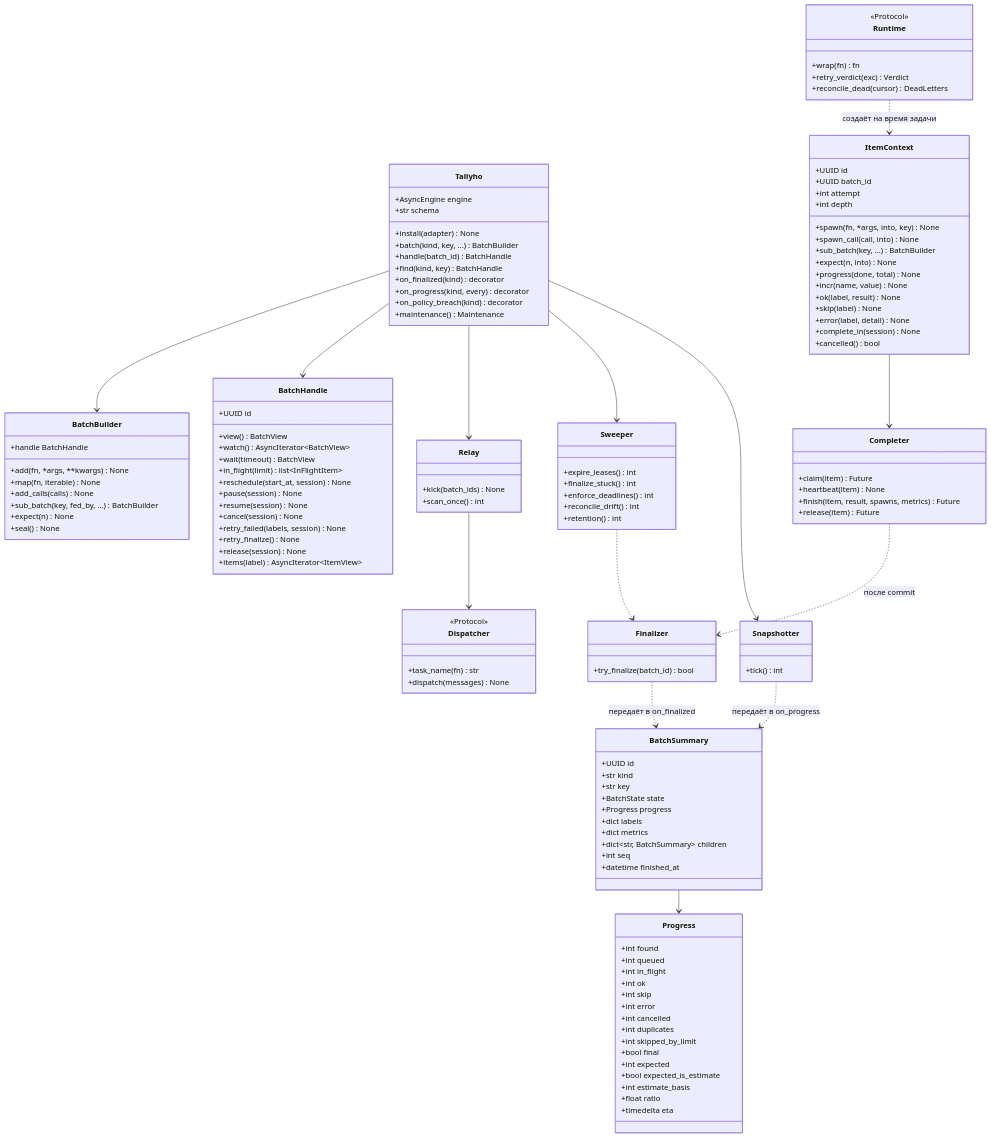
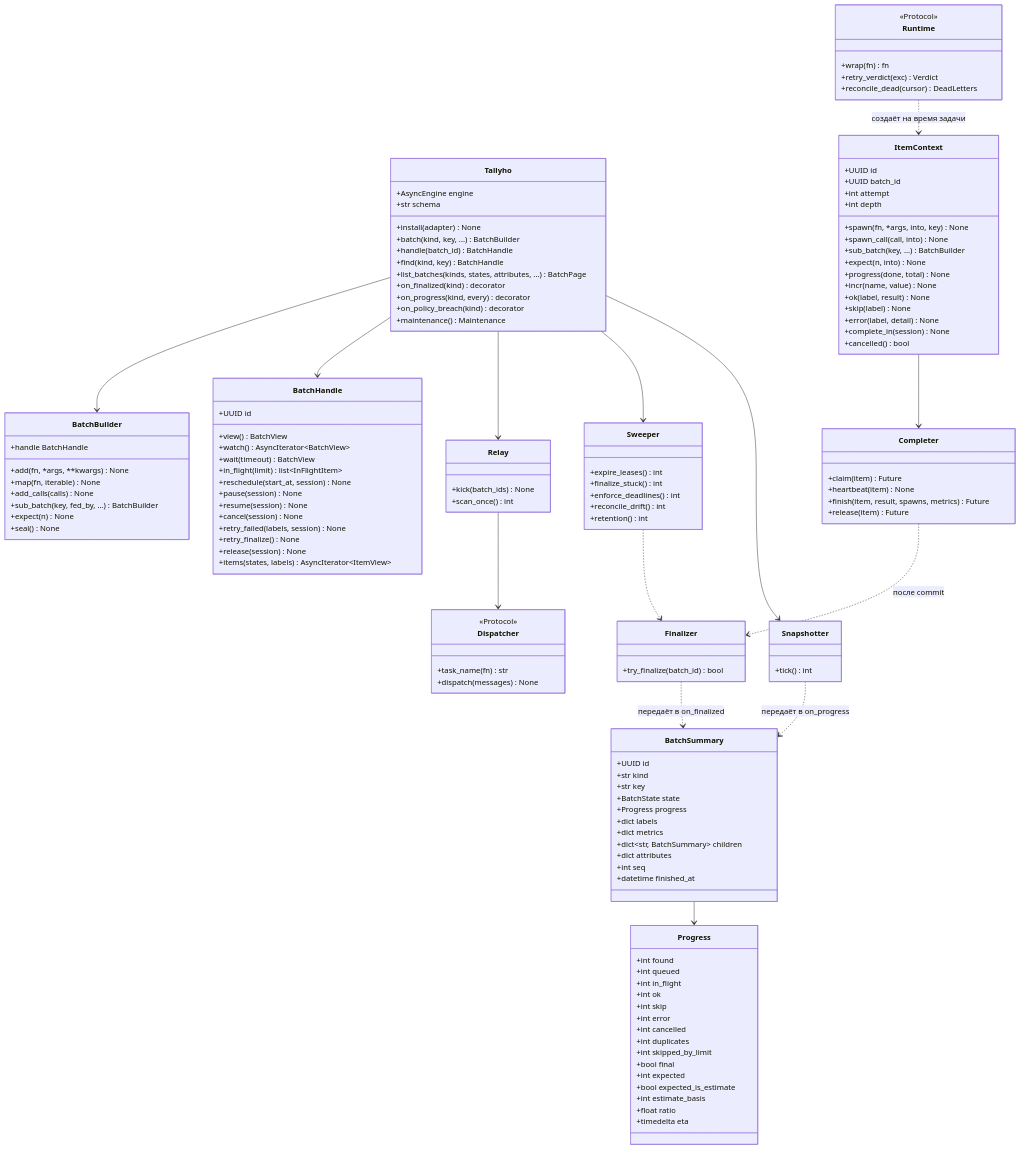
One commit to 0cherednoq/Tallyho changed the fourth of 39 diagrams in docs/ARCHITECTURE.md. Above: the diagram before and after it, drawn with Mermaid. The commit also changed other lines of this file, not shown here.

First line of the commit message:
T13.0: описать атрибуты, листинг и экспорт исходов в ARCHITECTURE

```diff
--- a/docs/ARCHITECTURE.md
+++ b/docs/ARCHITECTURE.md
@@ -194,6 +198,7 @@
         +batch(kind, key, ...) BatchBuilder
         +handle(batch_id) BatchHandle
         +find(kind, key) BatchHandle
+        +list_batches(kinds, states, attributes, ...) BatchPage
         +on_finalized(kind) decorator
         +on_progress(kind, every) decorator
         +on_policy_breach(kind) decorator
@@ -221,7 +226,7 @@
         +retry_failed(labels, session) None
         +retry_finalize() None
         +release(session) None
-        +items(label) AsyncIterator~ItemView~
+        +items(states, labels) AsyncIterator~ItemView~
     }
     class ItemContext {
         +UUID id
@@ -249,6 +254,7 @@
         +dict labels
         +dict metrics
         +dict~str, BatchSummary~ children
+        +dict attributes
         +int seq
         +datetime finished_at
     }
```
